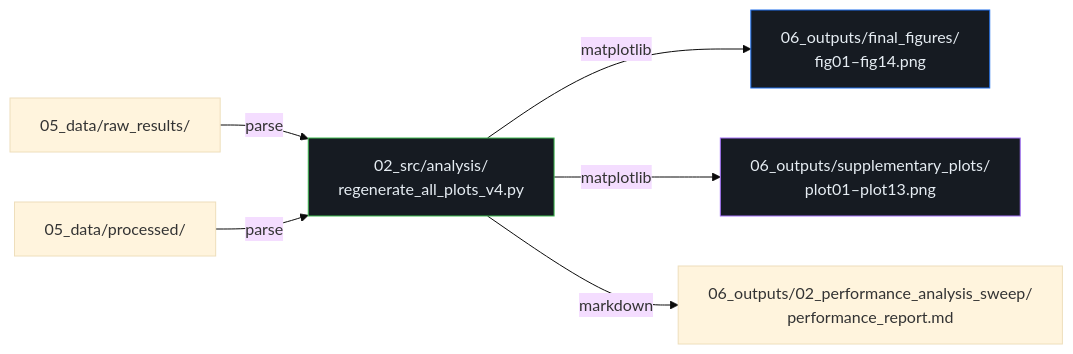
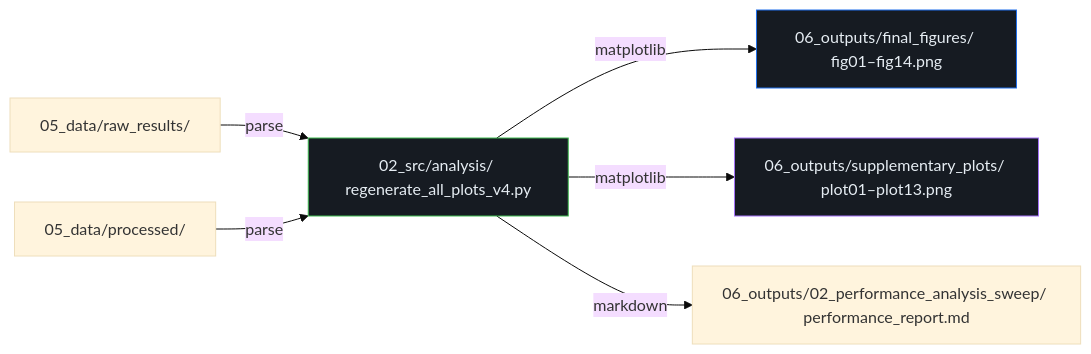
The diagram in 00_architecture_docs/06_outputs_directory.md (johnnietse/elec-498-group-30-2025-2026-proxy-app), drawn with Mermaid (base theme) before and after one commit. The commit also changed 7 other files, not shown here.

Commit message:
Fix Mermaid diagram rendering issues on GitHub by removing HTML tags from node labels

````diff
--- a/00_architecture_docs/06_outputs_directory.md
+++ b/00_architecture_docs/06_outputs_directory.md
@@ -166,12 +166,12 @@
 ```mermaid
 flowchart LR
-    RAW["05_data/raw_results/"] -->|"parse"| SCRIPT["02_src/analysis/<br/>regenerate_all_plots_v4.py"]
+    RAW["05_data/raw_results/"] -->|"parse"| SCRIPT["02_src/analysis/ regenerate_all_plots_v4.py"]
     PROC["05_data/processed/"] -->|"parse"| SCRIPT
-    SCRIPT -->|"matplotlib"| FIG["06_outputs/final_figures/<br/>fig01–fig14.png"]
-    SCRIPT -->|"matplotlib"| PLOT["06_outputs/supplementary_plots/<br/>plot01–plot13.png"]
-    SCRIPT -->|"markdown"| REPORT["06_outputs/02_performance_analysis_sweep/<br/>performance_report.md"]
+    SCRIPT -->|"matplotlib"| FIG["06_outputs/final_figures/ fig01–fig14.png"]
+    SCRIPT -->|"matplotlib"| PLOT["06_outputs/supplementary_plots/ plot01–plot13.png"]
+    SCRIPT -->|"markdown"| REPORT["06_outputs/02_performance_analysis_sweep/ performance_report.md"]
     
     style SCRIPT fill:#161b22,stroke:#3fb950,color:#e6edf3
     style FIG fill:#161b22,stroke:#1f6feb,color:#e6edf3
     style PLOT fill:#161b22,stroke:#a371f7,color:#e6edf3
 ```
````
